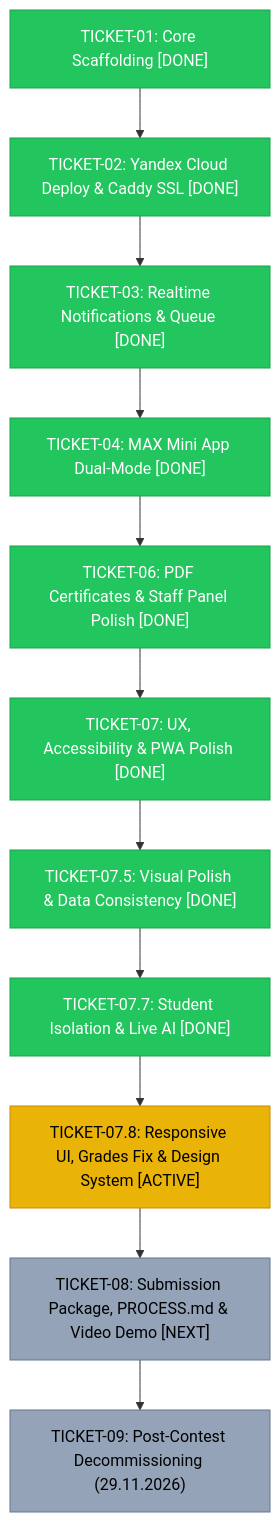
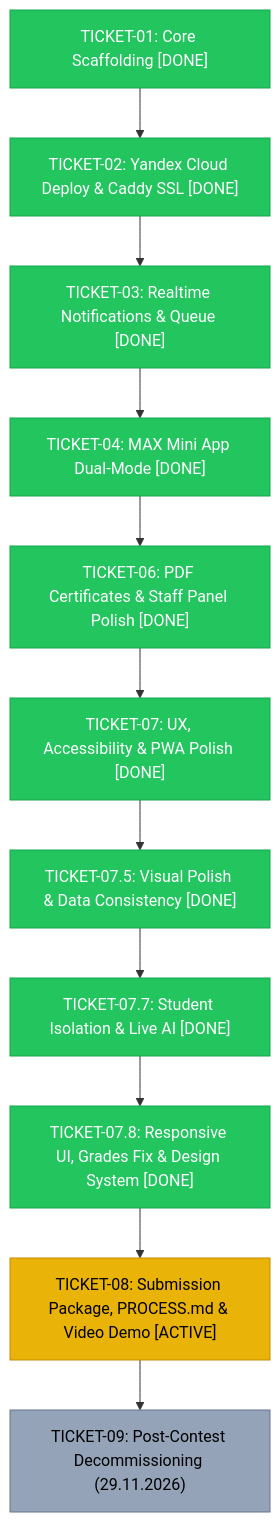
The diagram in docs/STATE.md (Nek1yZakhar/dekanat), drawn with Mermaid before and after one commit. The commit also changed other lines of this file and 2 other files, not shown here.

````diff
--- a/docs/STATE.md
+++ b/docs/STATE.md
@@ -70,25 +74,25 @@
 ```mermaid
 graph TD
     T01["TICKET-01: Core Scaffolding [DONE]"] --> T02["TICKET-02: Yandex Cloud Deploy & Caddy SSL [DONE]"]
     T02 --> T03["TICKET-03: Realtime Notifications & Queue [DONE]"]
     T03 --> T04["TICKET-04: MAX Mini App Dual-Mode [DONE]"]
     T04 --> T06["TICKET-06: PDF Certificates & Staff Panel Polish [DONE]"]
     T06 --> T07["TICKET-07: UX, Accessibility & PWA Polish [DONE]"]
     T07 --> T075["TICKET-07.5: Visual Polish & Data Consistency [DONE]"]
     T075 --> T077["TICKET-07.7: Student Isolation & Live AI [DONE]"]
-    T077 --> T078["TICKET-07.8: Responsive UI, Grades Fix & Design System [ACTIVE]"]
-    T078 --> T08["TICKET-08: Submission Package, PROCESS.md & Video Demo [NEXT]"]
+    T077 --> T078["TICKET-07.8: Responsive UI, Grades Fix & Design System [DONE]"]
+    T078 --> T08["TICKET-08: Submission Package, PROCESS.md & Video Demo [ACTIVE]"]
     T08 --> T09["TICKET-09: Post-Contest Decommissioning (29.11.2026)"]
 
     style T01 fill:#22c55e,stroke:#16a34a,color:#fff
     style T02 fill:#22c55e,stroke:#16a34a,color:#fff
     style T03 fill:#22c55e,stroke:#16a34a,color:#fff
     style T04 fill:#22c55e,stroke:#16a34a,color:#fff
     style T06 fill:#22c55e,stroke:#16a34a,color:#fff
     style T07 fill:#22c55e,stroke:#16a34a,color:#fff
     style T075 fill:#22c55e,stroke:#16a34a,color:#fff
     style T077 fill:#22c55e,stroke:#16a34a,color:#fff
-    style T078 fill:#eab308,stroke:#ca8a04,color:#000
-    style T08 fill:#94a3b8,stroke:#64748b,color:#000
+    style T078 fill:#22c55e,stroke:#16a34a,color:#fff
+    style T08 fill:#eab308,stroke:#ca8a04,color:#000
     style T09 fill:#94a3b8,stroke:#64748b,color:#000
 ```
````
